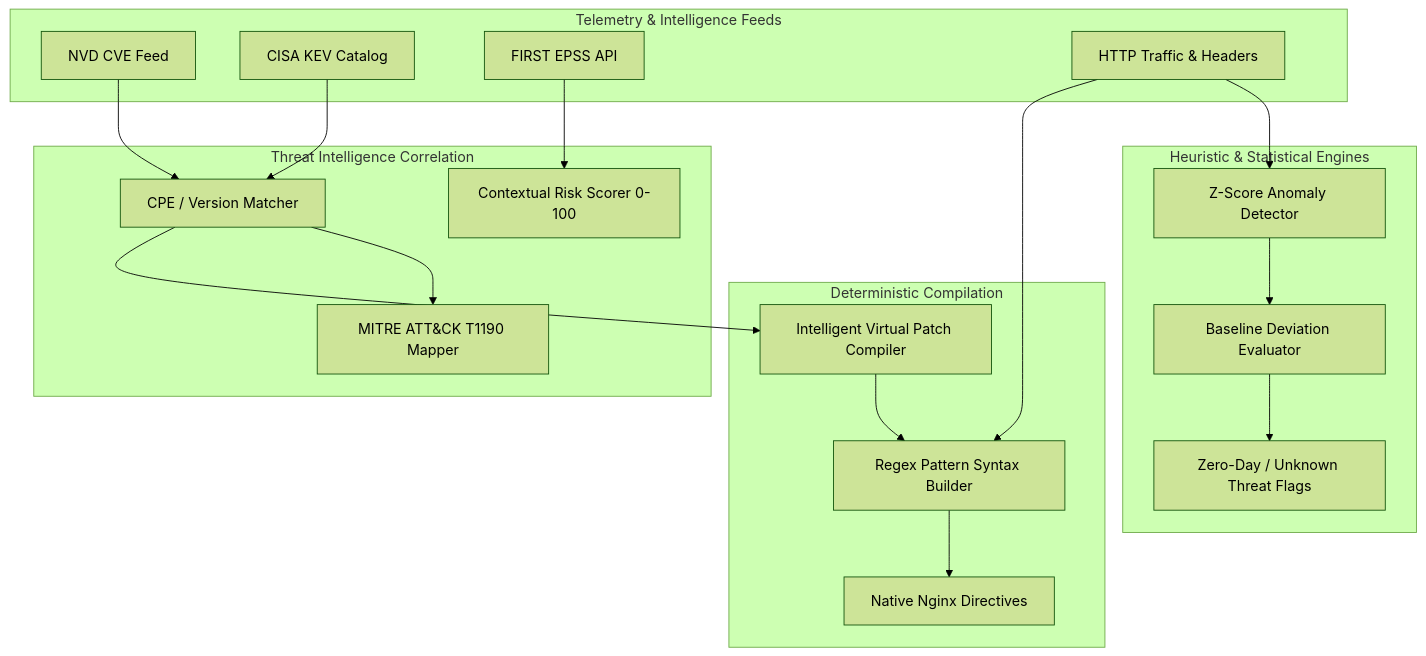
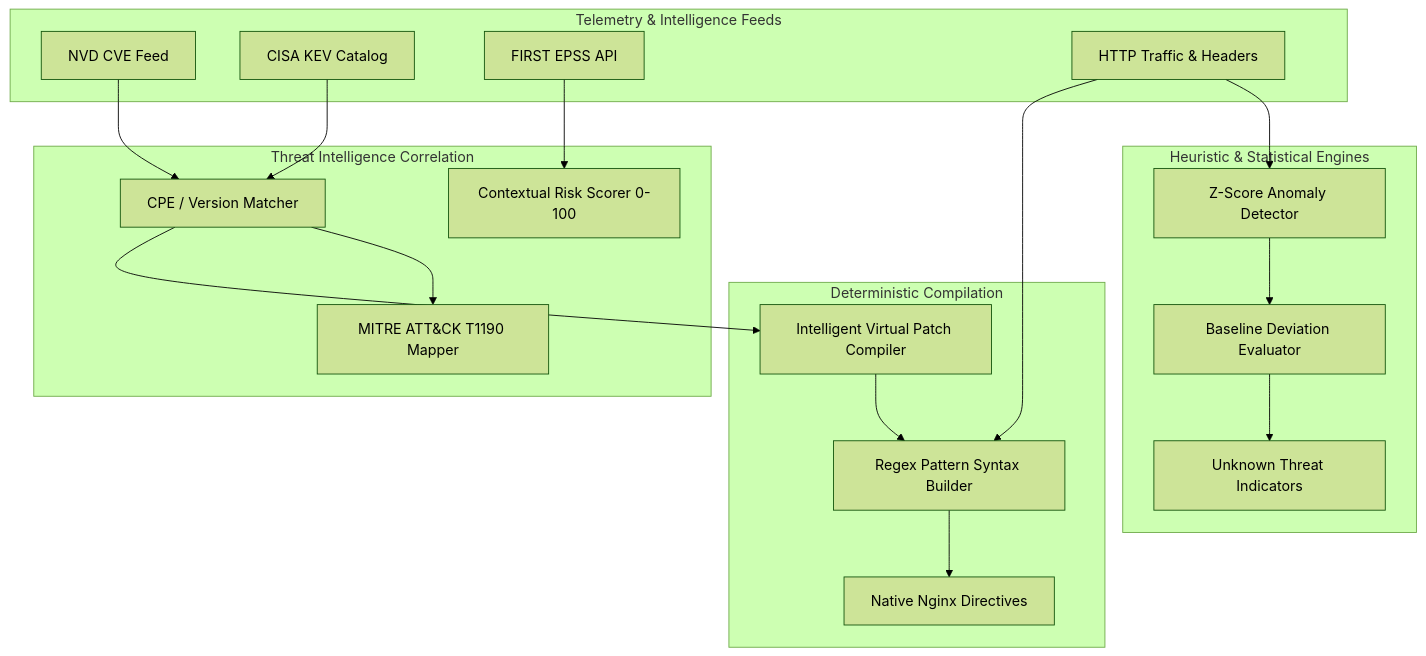
Before and after one commit to yogeshscore442/Prevent-X: the third of 3 diagrams in docs/PREVENT_X_FINAL_PROJECT_REPORT.md, drawn with Mermaid (forest theme). The commit also changed other lines of this file and 5 other files, not shown here.

````diff
--- a/docs/PREVENT_X_FINAL_PROJECT_REPORT.md
+++ b/docs/PREVENT_X_FINAL_PROJECT_REPORT.md
@@ -237,37 +245,37 @@
 ```mermaid
 graph TD
     subgraph Inputs["Telemetry & Intelligence Feeds"]
         NVD[NVD CVE Feed]
         KEV[CISA KEV Catalog]
         EPSS[FIRST EPSS API]
         Traffic[HTTP Traffic & Headers]
     end
 
     subgraph Deterministic["Deterministic Compilation"]
         PatchGen[Intelligent Virtual Patch Compiler]
         RegexEngine[Regex Pattern Syntax Builder]
         NginxConf[Native Nginx Directives]
     end
 
     subgraph Heuristic["Heuristic & Statistical Engines"]
         ZScore[Z-Score Anomaly Detector]
         DevModel[Baseline Deviation Evaluator]
-        UnknownFlags[Zero-Day / Unknown Threat Flags]
+        UnknownFlags[Unknown Threat Indicators]
     end
 
     subgraph Correlation["Threat Intelligence Correlation"]
         VulnMapper[CPE / Version Matcher]
         MitreMapper[MITRE ATT&CK T1190 Mapper]
         ContextScorer[Contextual Risk Scorer 0-100]
     end
 
     NVD --> VulnMapper
     KEV --> VulnMapper
     EPSS --> ContextScorer
     Traffic --> RegexEngine
     Traffic --> ZScore
     VulnMapper --> PatchGen
     PatchGen --> RegexEngine --> NginxConf
     ZScore --> DevModel --> UnknownFlags
     VulnMapper --> MitreMapper
 ```
````
